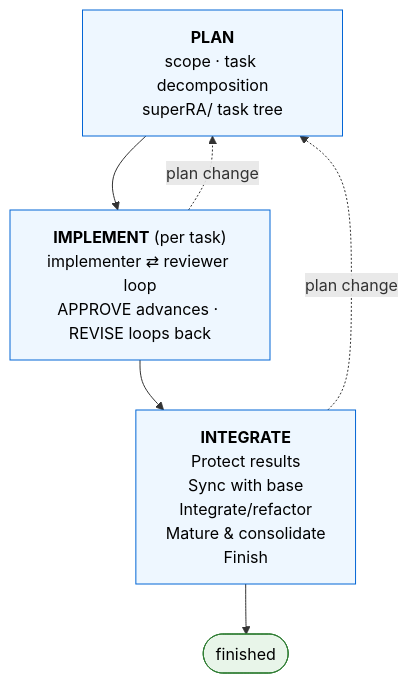
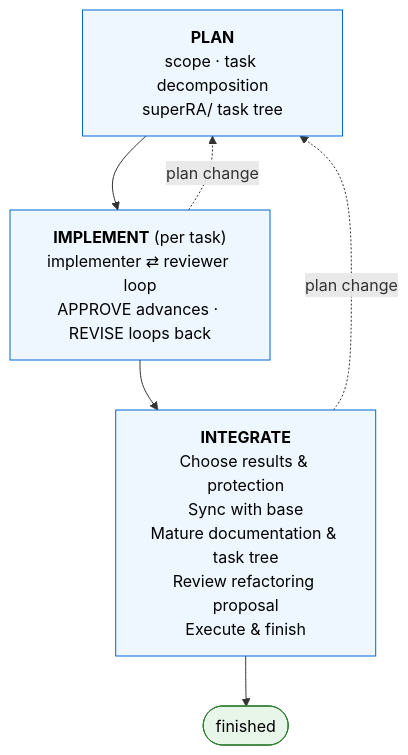
One commit to FuZhiyu/superRA changed the diagram in README.md. Above: the diagram before and after it, drawn with Mermaid. The commit also changed other lines of this file and 27 other files, not shown here.

````diff
--- a/README.md
+++ b/README.md
@@ -28,19 +28,19 @@
 ```mermaid
 flowchart TB
     PLAN["<b>PLAN</b><br/>scope · task decomposition<br/>superRA/ task tree"]
     IMPLEMENT["<b>IMPLEMENT</b> (per task)<br/>implementer ⇄ reviewer loop<br/>APPROVE advances · REVISE loops back"]
-    INTEGRATE["<b>INTEGRATE</b><br/>Protect results <br/>Sync with base<br/>Integrate/refactor<br/>Mature & consolidate<br/>Finish"]
+    INTEGRATE["<b>INTEGRATE</b><br/>Choose results & protection<br/>Sync with base<br/>Mature documentation & task tree<br/>Review refactoring proposal<br/>Execute & finish"]
     FINISHED(["finished"])
 
     PLAN --> IMPLEMENT
     IMPLEMENT --> INTEGRATE
     INTEGRATE --> FINISHED
 
     IMPLEMENT -. "plan change" .-> PLAN
     INTEGRATE -. "plan change" .-> PLAN
 
     classDef phase fill:#eef7ff,stroke:#0366d6,color:#000
     classDef terminal fill:#e8f5e9,stroke:#2e7d32,color:#000
     class PLAN,IMPLEMENT,INTEGRATE phase
     class FINISHED terminal
 ```
````
